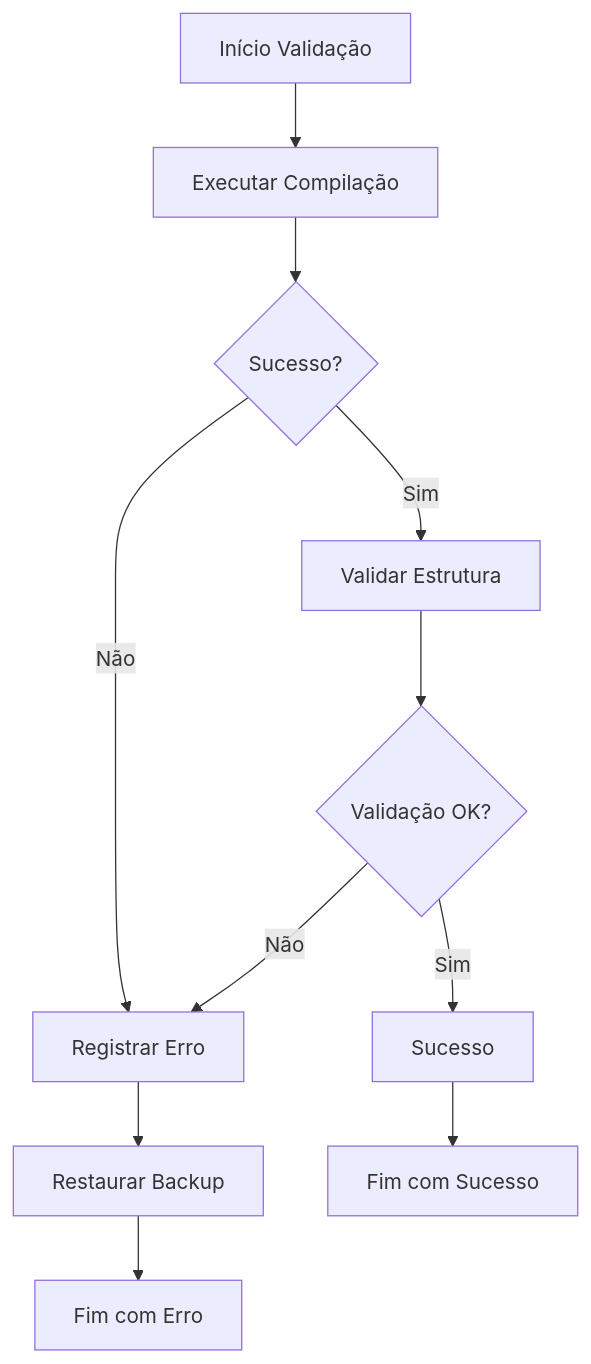
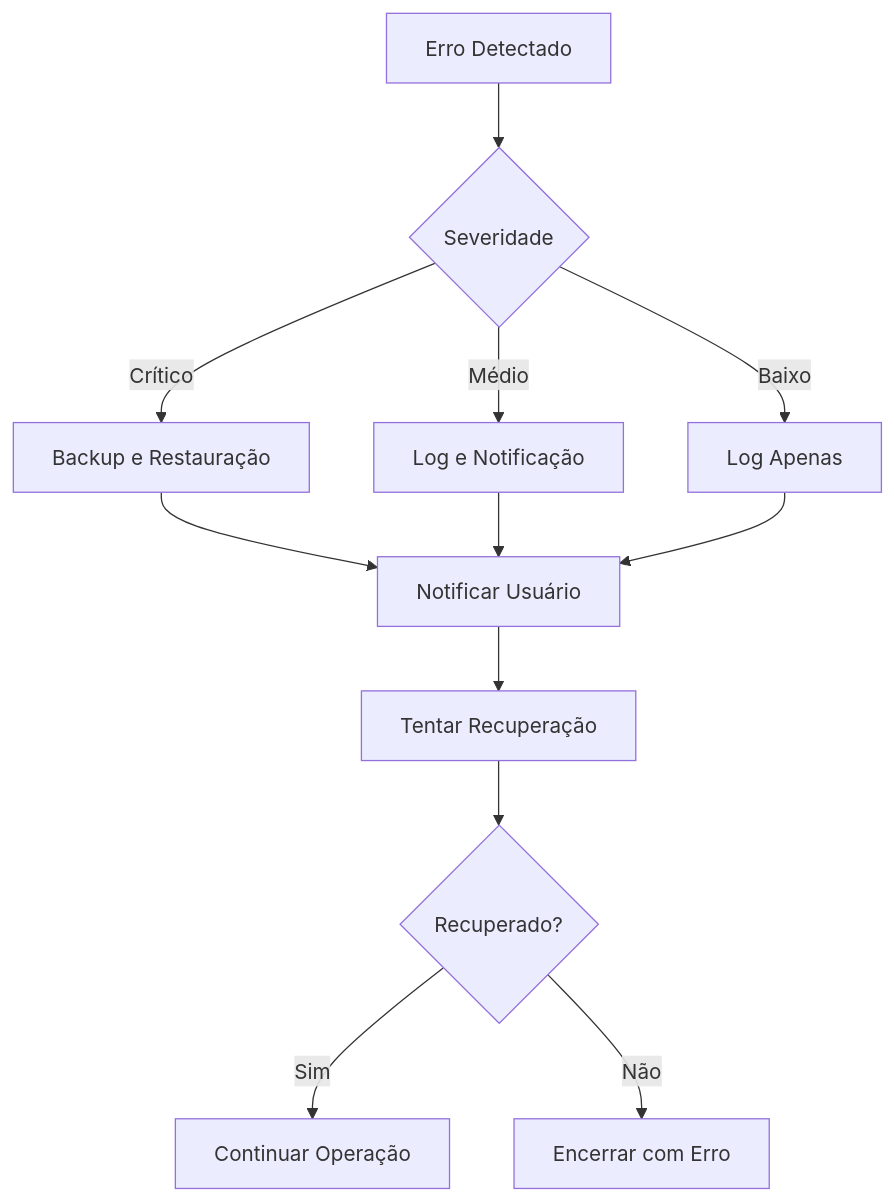
One commit to JoaoSantosCodes/start-devai changed the sixth of 7 diagrams in docs/FLUXOGRAMA.md. Above: the diagram before and after it, drawn with Mermaid. The commit also changed other lines of this file and 2 other files, not shown here.

````diff
--- a/docs/FLUXOGRAMA.md
+++ b/docs/FLUXOGRAMA.md
@@ -67,13 +123,18 @@
 ```mermaid
 graph TD
-    A[Início Validação] --> B[Executar Compilação]
-    B --> C{Sucesso?}
-    C -->|Sim| D[Validar Estrutura]
-    C -->|Não| E[Registrar Erro]
-    D --> F{Validação OK?}
-    F -->|Sim| G[Sucesso]
-    F -->|Não| E
-    E --> H[Restaurar Backup]
-    H --> I[Fim com Erro]
-    G --> J[Fim com Sucesso]
+    A[Erro Detectado] --> B{Severidade}
+
+    B -->|Crítico| C[Backup e Restauração]
+    B -->|Médio| D[Log e Notificação]
+    B -->|Baixo| E[Log Apenas]
+
+    C --> F[Notificar Usuário]
+    D --> F
+    E --> F
+
+    F --> G[Tentar Recuperação]
+    G --> H{Recuperado?}
+
+    H -->|Sim| I[Continuar Operação]
+    H -->|Não| J[Encerrar com Erro]
 ```
````
